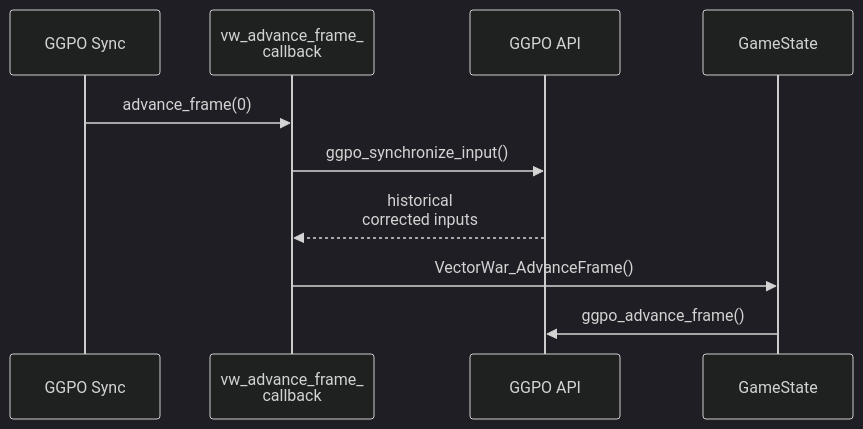
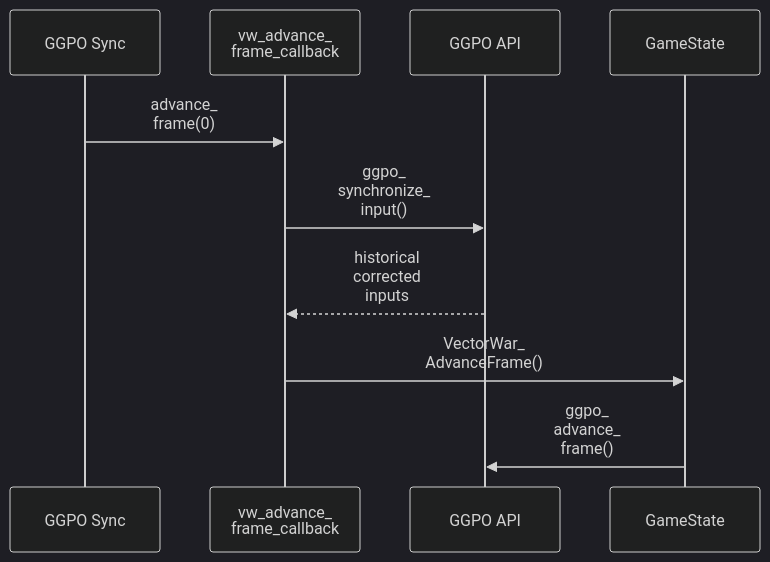
The fifth of 7 diagrams in doc/architecture/VectorWar.md (irregularthanis/ggpo-next), drawn with Mermaid (dark theme) before and after one commit. The commit also changed other lines of this file and 8 other files, not shown here.

Commit message:
docs: tighten all architecture diagram wrapping

````diff
--- a/doc/architecture/VectorWar.md
+++ b/doc/architecture/VectorWar.md
@@ -220,13 +220,13 @@
 ```mermaid
 sequenceDiagram
     participant Sync as GGPO Sync
-    participant CB as vw_advance_frame_<br/>callback
+    participant CB as vw_advance_<br/>frame_callback
     participant API as GGPO API
     participant GS as GameState
 
-    Sync->>CB: advance_frame(0)
-    CB->>API: ggpo_synchronize_input()
-    API-->>CB: historical<br/>corrected inputs
-    CB->>GS: VectorWar_AdvanceFrame()
-    GS->>API: ggpo_advance_frame()
+    Sync->>CB: advance_<br/>frame(0)
+    CB->>API: ggpo_<br/>synchronize_<br/>input()
+    API-->>CB: historical<br/>corrected<br/>inputs
+    CB->>GS: VectorWar_<br/>AdvanceFrame()
+    GS->>API: ggpo_<br/>advance_<br/>frame()
 ```
````
